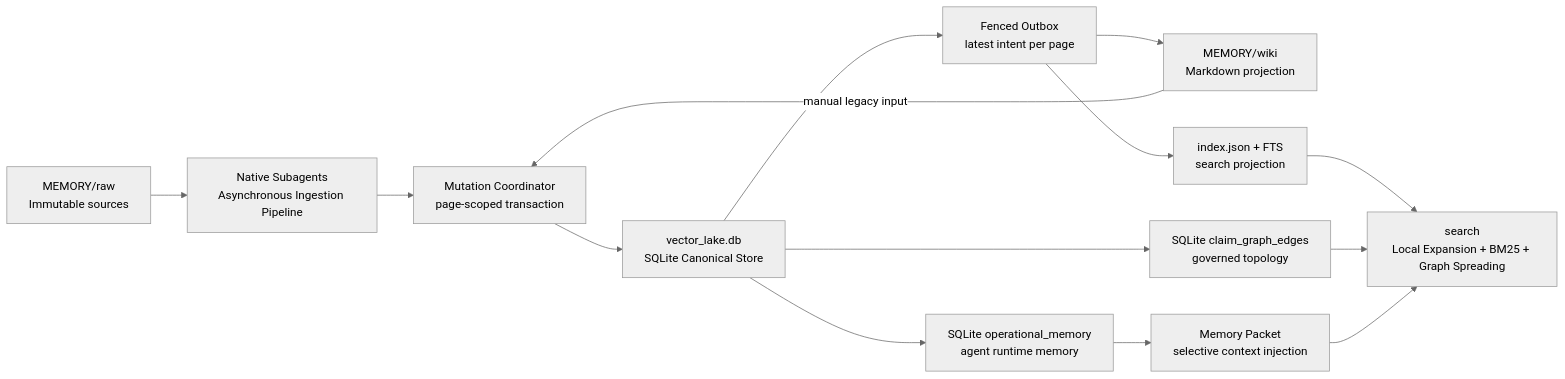
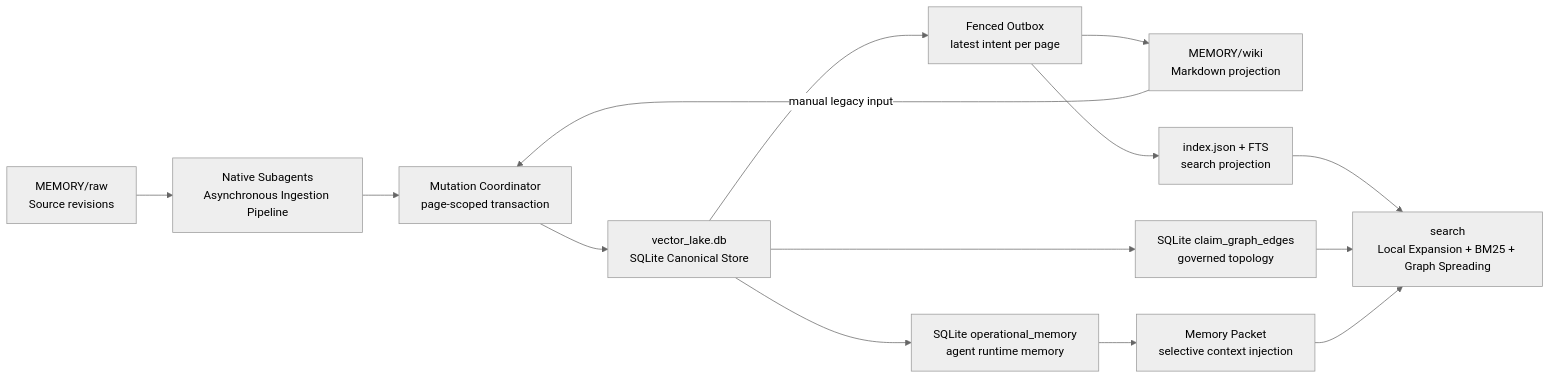
Before and after one commit to shawnshi/vector-lake: the diagram in README.md, drawn with Mermaid (neutral theme). The commit also changed other lines of this file and 36 other files, not shown here.

````diff
--- a/README.md
+++ b/README.md
@@ -17,16 +17,16 @@
 ```mermaid
 graph LR
-    RAW["MEMORY/raw<br>Immutable sources"] --> INGEST["Native Subagents<br>Asynchronous Ingestion Pipeline"]
+    RAW["MEMORY/raw<br>Source revisions"] --> INGEST["Native Subagents<br>Asynchronous Ingestion Pipeline"]
     INGEST --> MUTATION["Mutation Coordinator<br>page-scoped transaction"]
     WIKI["MEMORY/wiki<br>Markdown projection"] -->|manual legacy input| MUTATION
     MUTATION --> META["vector_lake.db<br>SQLite Canonical Store"]
     META --> OUTBOX["Fenced Outbox<br>latest intent per page"]
     OUTBOX --> WIKI
     OUTBOX --> INDEX["index.json + FTS<br>search projection"]
     META --> CLAIM["SQLite claim_graph_edges<br>governed topology"]
     META --> MEMORY["SQLite operational_memory<br>agent runtime memory"]
     MEMORY --> PACKET["Memory Packet<br>selective context injection"]
     INDEX --> QUERY["search<br>Local Expansion + BM25 + Graph Spreading"]
     CLAIM --> QUERY
     PACKET --> QUERY
 ```
````
